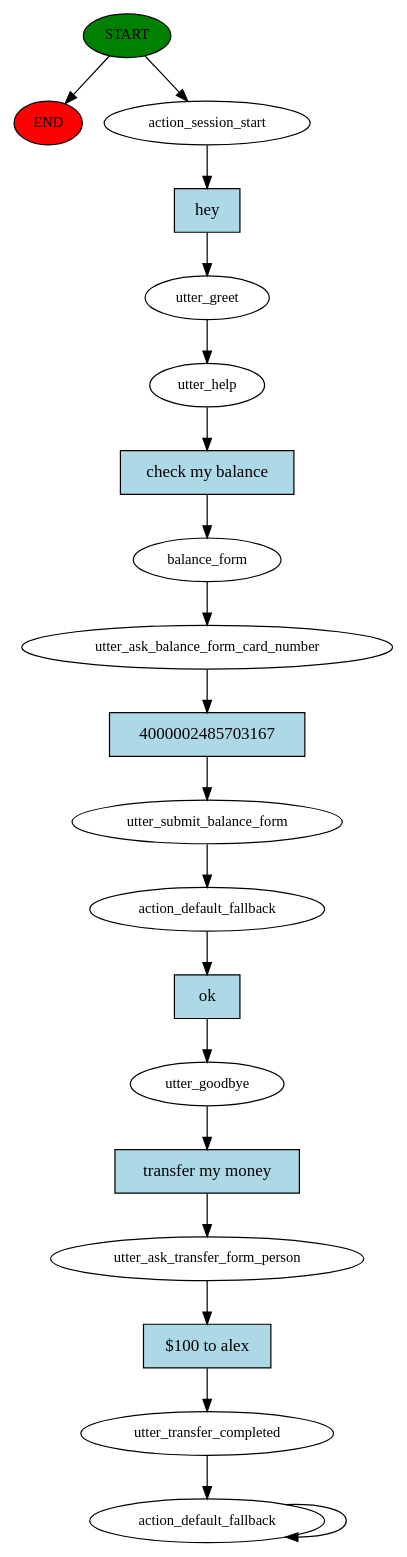
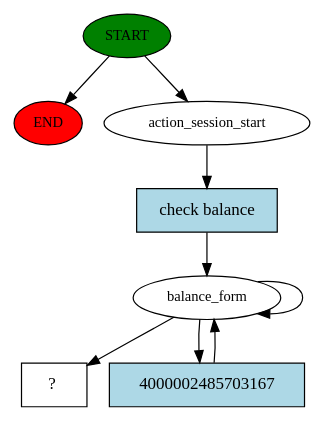
The diagram in story_graph.dot (rajaduraisingam/rasa_demo), drawn with Graphviz before and after one commit. The commit also changed 12 other files, not shown here.

```diff
--- a/story_graph.dot
+++ b/story_graph.dot
@@ -1,40 +1,17 @@
 digraph  {
 0 [class="start active", fillcolor=green, fontsize=12, label=START, style=filled];
 "-1" [class=end, fillcolor=red, fontsize=12, label=END, style=filled];
 1 [class=active, fontsize=12, label=action_session_start];
-2 [class=active, fontsize=12, label=utter_greet];
-3 [class=active, fontsize=12, label=utter_help];
-4 [class=active, fontsize=12, label=balance_form];
-5 [class=active, fontsize=12, label=utter_ask_balance_form_card_number];
-6 [class=active, fontsize=12, label=utter_submit_balance_form];
-7 [class=active, fontsize=12, label=action_default_fallback];
-8 [class=active, fontsize=12, label=utter_goodbye];
-9 [class=active, fontsize=12, label=utter_ask_transfer_form_person];
-10 [class=active, fontsize=12, label=utter_transfer_completed];
-11 [class="active dashed", fontsize=12, label=action_default_fallback];
-13 [class="intent active", fillcolor=lightblue, label=hey, shape=rect, style=filled];
-14 [class="intent active", fillcolor=lightblue, label="check my balance", shape=rect, style=filled];
-15 [class="intent active", fillcolor=lightblue, label=4000002485703167, shape=rect, style=filled];
-16 [class="intent active", fillcolor=lightblue, label=ok, shape=rect, style=filled];
-17 [class="intent active", fillcolor=lightblue, label="transfer my money", shape=rect, style=filled];
-18 [class="intent active", fillcolor=lightblue, label="$100 to alex", shape=rect, style=filled];
+2 [class=active, fontsize=12, label=balance_form];
+5 [class="intent dashed active", label="  ?  ", shape=rect];
+6 [class="intent active", fillcolor=lightblue, label="check balance", shape=rect, style=filled];
+7 [class="intent active", fillcolor=lightblue, label=4000002485703167, shape=rect, style=filled];
 0 -> "-1"  [class="", key=NONE, label=""];
 0 -> 1  [class=active, key=NONE, label=""];
-1 -> 13  [class=active, key=0];
-2 -> 3  [class=active, key=NONE, label=""];
-3 -> 14  [class=active, key=0];
-4 -> 5  [class=active, key=NONE, label=""];
-5 -> 15  [class=active, key=0];
-6 -> 7  [class=active, key=NONE, label=""];
-7 -> 16  [class=active, key=0];
-8 -> 17  [class=active, key=0];
-9 -> 18  [class=active, key=0];
-10 -> 11  [class=active, key=NONE, label=""];
-11 -> 11  [class=active, key=NONE, label=""];
-13 -> 2  [class=active, key=0];
-14 -> 4  [class=active, key=0];
-15 -> 6  [class=active, key=0];
-16 -> 8  [class=active, key=0];
-17 -> 9  [class=active, key=0];
-18 -> 10  [class=active, key=0];
+1 -> 6  [class=active, key=0];
+2 -> 2  [class=active, key=NONE, label=""];
+2 -> 5  [class=active, key=NONE, label=""];
+2 -> 7  [class=active, key=0];
+6 -> 2  [class=active, key=0];
+7 -> 2  [class=active, key=0];
 }
```
